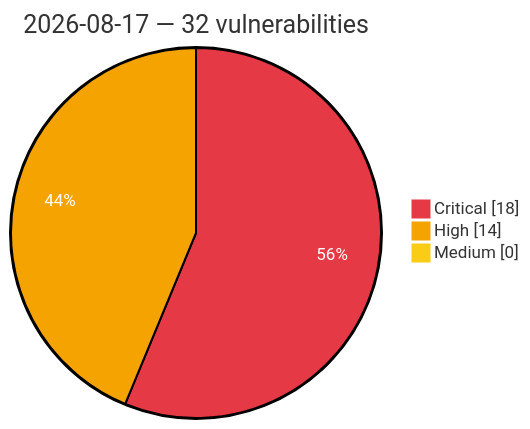
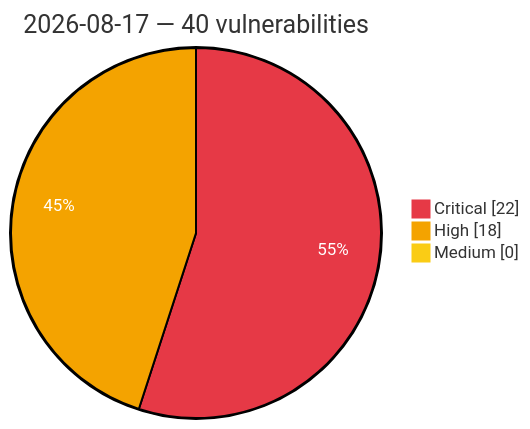
Before and after one commit to GhostX0X/vuln-tracker: the diagram in vulnerabilities/2026/August/2026-08-17.md, drawn with Mermaid. The commit also changed other lines of this file and 5 other files, not shown here.

Commit message:
Auto update: critical/high vulns (2026-08-17 14:43 UTC)

````diff
--- a/vulnerabilities/2026/August/2026-08-17.md
+++ b/vulnerabilities/2026/August/2026-08-17.md
@@ -3,8 +3,8 @@
 ```mermaid
 %%{init: {'theme':'base', 'themeVariables': {'pie1':'#e63946', 'pie2':'#f4a300', 'pie3':'#facc15', 'pieOpacity':'1', 'pieOuterStrokeWidth':'2px', 'pieSectionTextColor':'#ffffff'}}}%%
 pie showData
-    title 2026-08-17 — 32 vulnerabilities
-    "Critical" : 18
-    "High" : 14
+    title 2026-08-17 — 40 vulnerabilities
+    "Critical" : 22
+    "High" : 18
     "Medium" : 0
 ```
````
